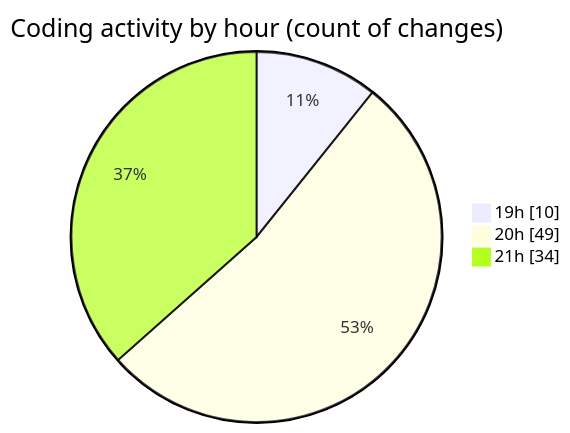
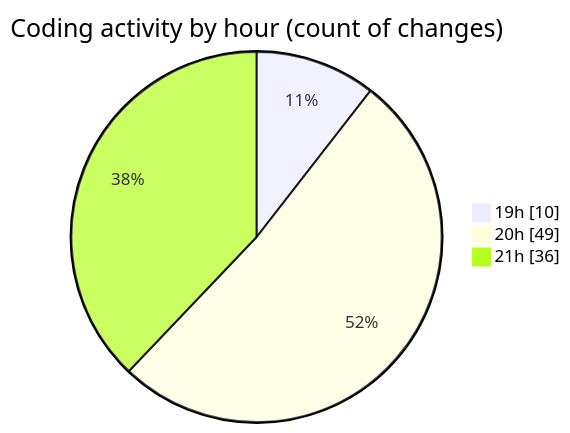
The second of 2 diagrams in 2025-01-28/trollerboard/README.md (charlie-sans/code-tracking), drawn with Mermaid before and after one commit. The commit also changed other lines of this file and 1 other file, not shown here.

````diff
--- a/2025-01-28/trollerboard/README.md
+++ b/2025-01-28/trollerboard/README.md
@@ -43,7 +43,7 @@
 ```mermaid
 pie showData
 title Coding activity by hour (count of changes)
 "19h" : 10
 "20h" : 49
-"21h" : 34
+"21h" : 36
 ```
````
